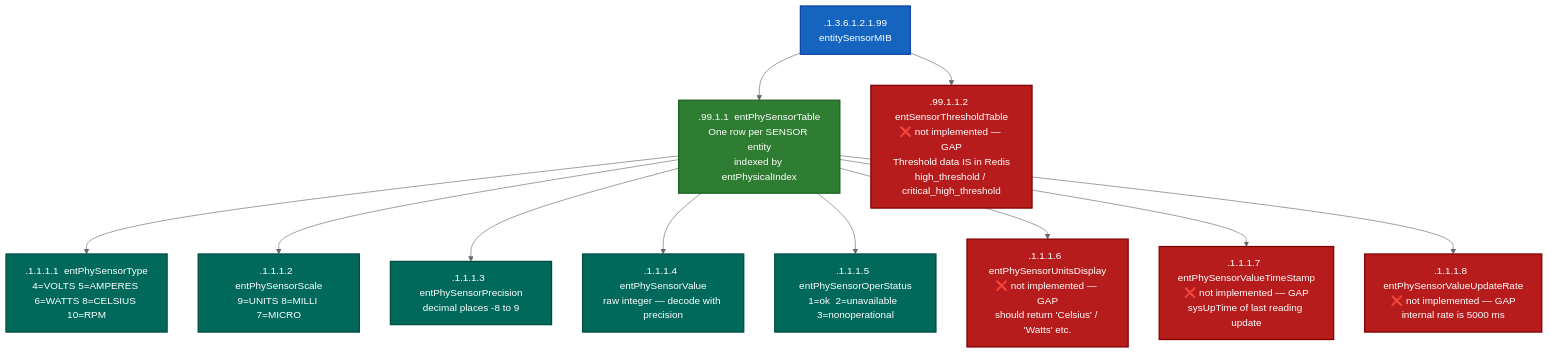
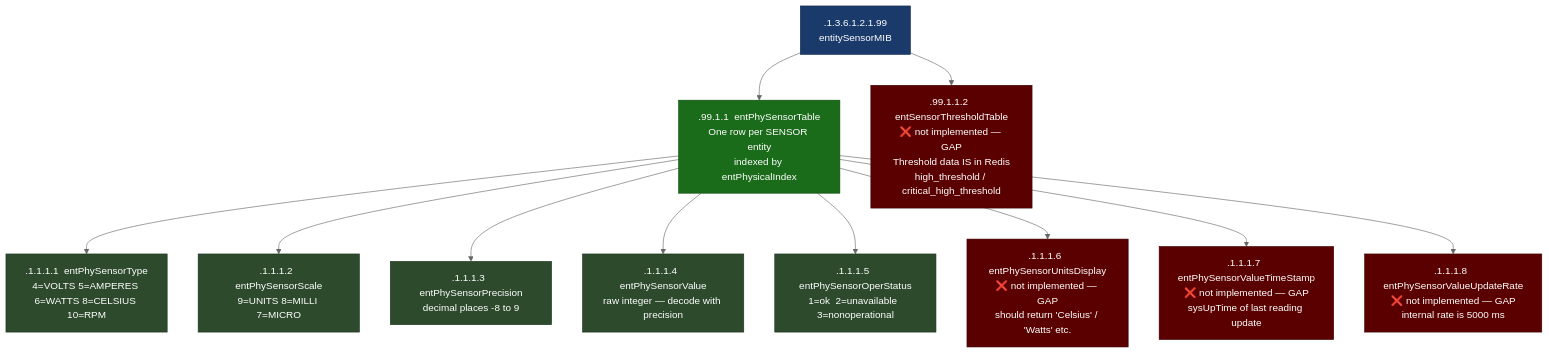
Before and after one commit to thongal-upscale/sonic-snmpagent: diagram 15 of 17 in docs/nms_compliance_gaps.md, drawn with Mermaid (neutral theme). The commit also changed other lines of this file, not shown here.

Commit message:
docs: address review — MD040 code fences, hyphen, entity gap numbering

````diff
--- a/docs/nms_compliance_gaps.md
+++ b/docs/nms_compliance_gaps.md
@@ -1017,23 +1017,23 @@
 ```mermaid
 graph TD
-    classDef root  fill:#1565C0,color:#fff,stroke:#0D47A1,stroke-width:2px
-    classDef table fill:#2E7D32,color:#fff,stroke:#1B5E20,stroke-width:2px
-    classDef obj   fill:#00695C,color:#fff,stroke:#004D40,stroke-width:2px
-    classDef gap   fill:#B71C1C,color:#fff,stroke:#7F0000,stroke-width:2px
+    classDef root  fill:#1a3a6b,color:#fff,stroke:#0d2545
+    classDef table fill:#1a6b1a,color:#fff,stroke:#0d4a0d
+    classDef obj   fill:#2d4a2d,color:#fff,stroke:#1a331a
+    classDef gap   fill:#5a0000,color:#fff,stroke:#3d0000
 
     ROOT[".1.3.6.1.2.1.99\nentitySensorMIB"]:::root
     SENSOR_TABLE[".99.1.1  entPhySensorTable\nOne row per SENSOR entity\nindexed by entPhysicalIndex"]:::table
     THRESHOLD_TABLE[".99.1.1.2  entSensorThresholdTable\n❌ not implemented — GAP\nThreshold data IS in Redis\nhigh_threshold / critical_high_threshold"]:::gap
 
     ROOT --> SENSOR_TABLE
     ROOT --> THRESHOLD_TABLE
 
     SENSOR_TABLE --> S1[".1.1.1.1  entPhySensorType\n4=VOLTS 5=AMPERES 6=WATTS 8=CELSIUS 10=RPM"]:::obj
     SENSOR_TABLE --> S2[".1.1.1.2  entPhySensorScale\n9=UNITS 8=MILLI 7=MICRO"]:::obj
     SENSOR_TABLE --> S3[".1.1.1.3  entPhySensorPrecision\ndecimal places -8 to 9"]:::obj
     SENSOR_TABLE --> S4[".1.1.1.4  entPhySensorValue\nraw integer — decode with precision"]:::obj
     SENSOR_TABLE --> S5[".1.1.1.5  entPhySensorOperStatus\n1=ok  2=unavailable  3=nonoperational"]:::obj
     SENSOR_TABLE --> S6[".1.1.1.6  entPhySensorUnitsDisplay\n❌ not implemented — GAP\nshould return 'Celsius' / 'Watts' etc."]:::gap
     SENSOR_TABLE --> S7[".1.1.1.7  entPhySensorValueTimeStamp\n❌ not implemented — GAP\nsysUpTime of last reading update"]:::gap
     SENSOR_TABLE --> S8[".1.1.1.8  entPhySensorValueUpdateRate\n❌ not implemented — GAP\ninternal rate is 5000 ms"]:::gap
 ```
````
